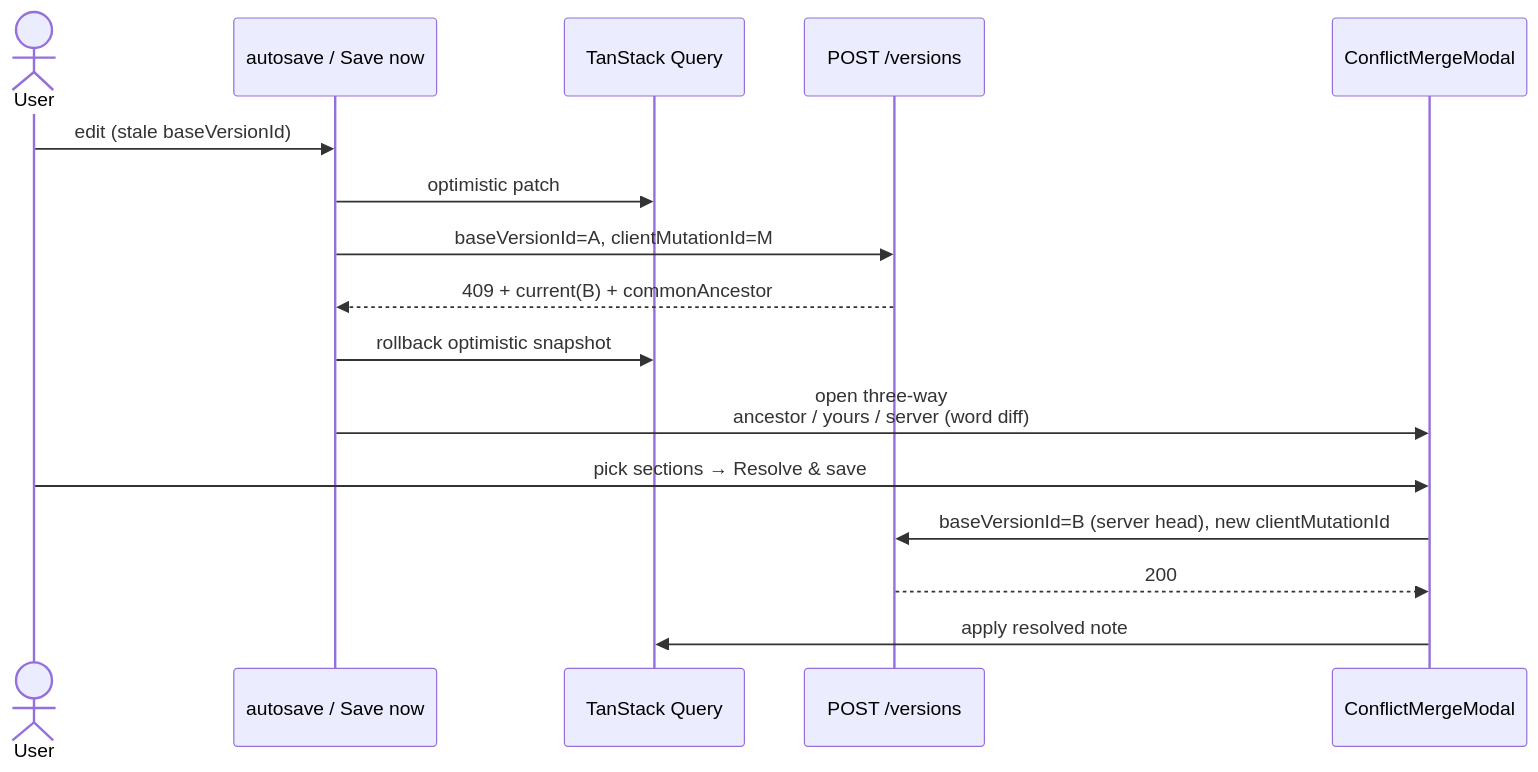
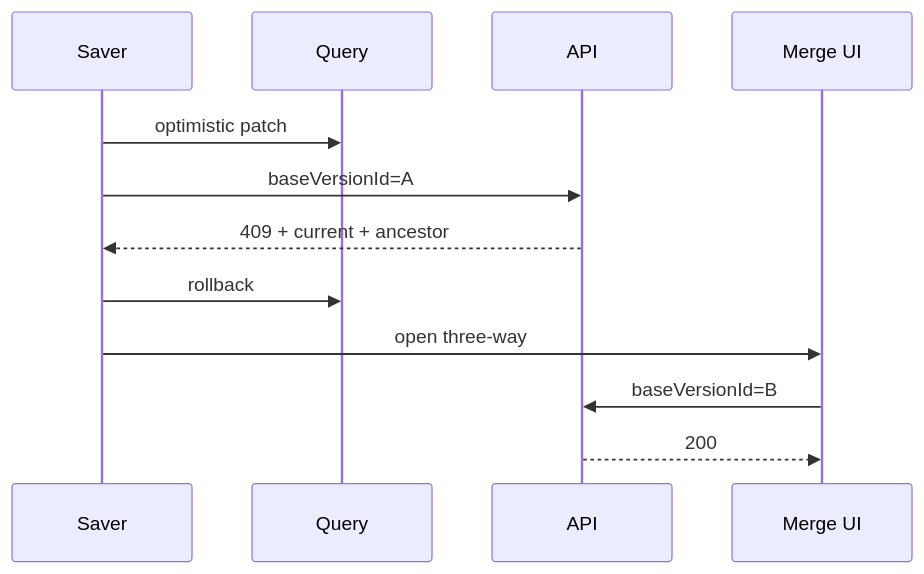
Before and after one commit to rickyssj2/cliniq-notes-ai: the diagram in docs/05-sequence-conflict-409.md, drawn with Mermaid. The commit also changed other lines of this file and 46 other files, not shown here.

````diff
--- a/docs/05-sequence-conflict-409.md
+++ b/docs/05-sequence-conflict-409.md
@@ -7,19 +49,14 @@
 ```mermaid
 sequenceDiagram
-  actor User
-  participant Saver as autosave / Save now
-  participant TQ as TanStack Query
-  participant API as POST /versions
-  participant Modal as ConflictMergeModal
-
-  User->>Saver: edit (stale baseVersionId)
+  participant Saver
+  participant TQ as Query
+  participant API
+  participant Modal as Merge UI
   Saver->>TQ: optimistic patch
-  Saver->>API: baseVersionId=A, clientMutationId=M
-  API-->>Saver: 409 + current(B) + commonAncestor
-  Saver->>TQ: rollback optimistic snapshot
-  Saver->>Modal: open three-way<br/>ancestor / yours / server (word diff)
-  User->>Modal: pick sections → Resolve & save
-  Modal->>API: baseVersionId=B (server head), new clientMutationId
+  Saver->>API: baseVersionId=A
+  API-->>Saver: 409 + current + ancestor
+  Saver->>TQ: rollback
+  Saver->>Modal: open three-way
+  Modal->>API: baseVersionId=B
   API-->>Modal: 200
-  Modal->>TQ: apply resolved note
 ```
````
